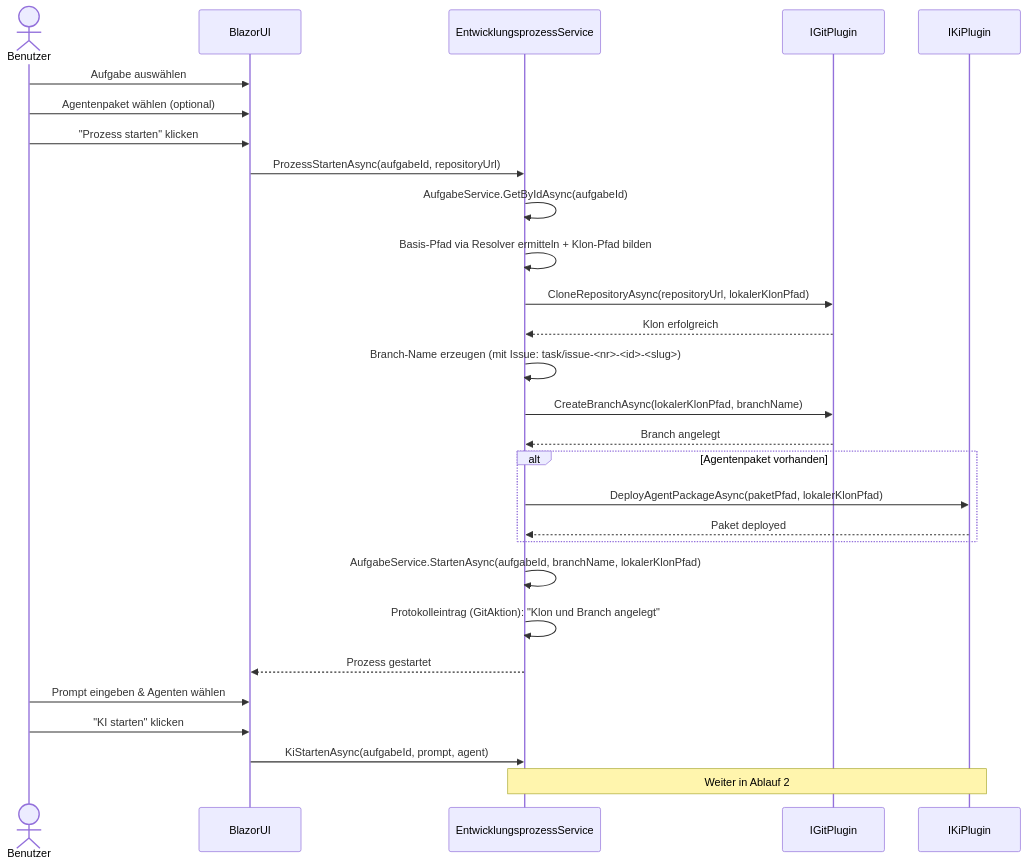
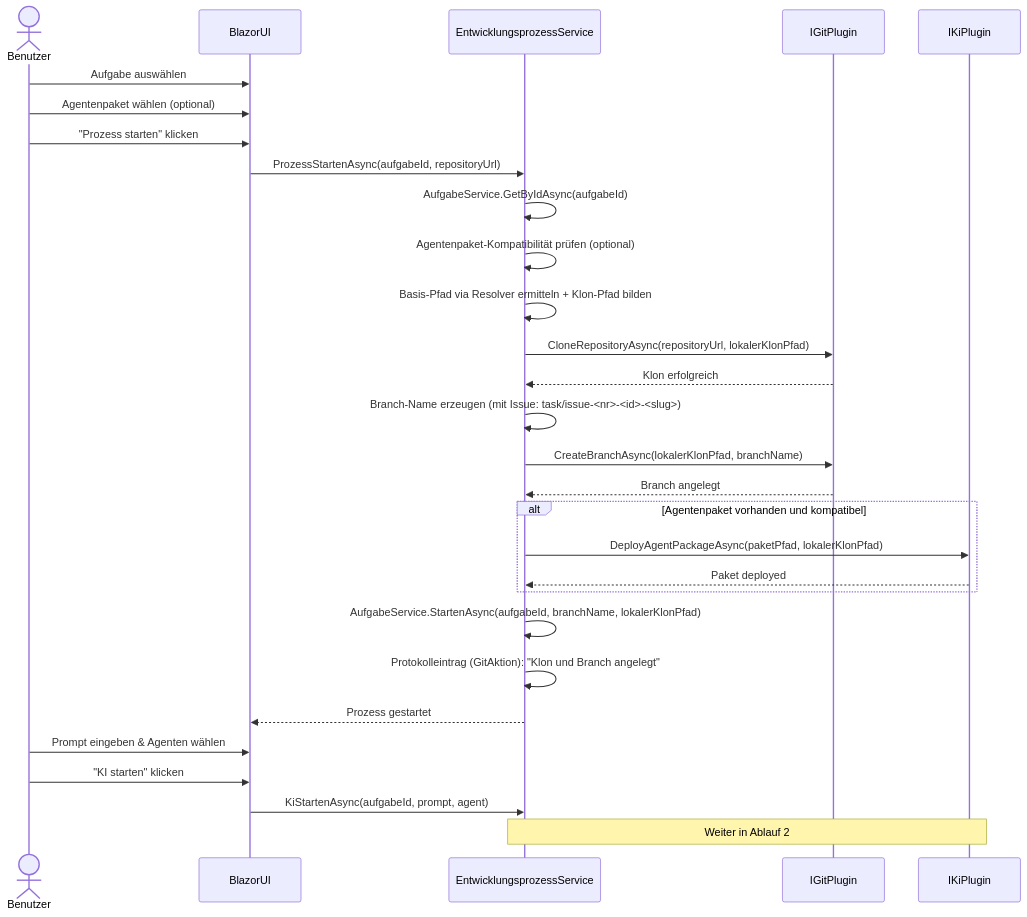
The first of 8 diagrams in docs/flows/development-process-flow.md (martin-stromberg/Softwareschmiede), drawn with Mermaid before and after one commit. The commit also changed other lines of this file and 27 other files, not shown here.

````diff
--- a/docs/flows/development-process-flow.md
+++ b/docs/flows/development-process-flow.md
@@ -30,35 +30,36 @@
 ```mermaid
 sequenceDiagram
     actor Benutzer
     participant BlazorUI
     participant EntwicklungsprozessService
     participant IGitPlugin
     participant IKiPlugin
 
     Benutzer->>BlazorUI: Aufgabe auswählen
     Benutzer->>BlazorUI: Agentenpaket wählen (optional)
     Benutzer->>BlazorUI: "Prozess starten" klicken
 
     BlazorUI->>EntwicklungsprozessService: ProzessStartenAsync(aufgabeId, repositoryUrl)
     EntwicklungsprozessService->>EntwicklungsprozessService: AufgabeService.GetByIdAsync(aufgabeId)
+    EntwicklungsprozessService->>EntwicklungsprozessService: Agentenpaket-Kompatibilität prüfen (optional)
     EntwicklungsprozessService->>EntwicklungsprozessService: Basis-Pfad via Resolver ermitteln + Klon-Pfad bilden
     EntwicklungsprozessService->>IGitPlugin: CloneRepositoryAsync(repositoryUrl, lokalerKlonPfad)
     IGitPlugin-->>EntwicklungsprozessService: Klon erfolgreich
     EntwicklungsprozessService->>EntwicklungsprozessService: Branch-Name erzeugen (mit Issue: task/issue-<nr>-<id>-<slug>)
     EntwicklungsprozessService->>IGitPlugin: CreateBranchAsync(lokalerKlonPfad, branchName)
     IGitPlugin-->>EntwicklungsprozessService: Branch angelegt
 
-    alt Agentenpaket vorhanden
+    alt Agentenpaket vorhanden und kompatibel
         EntwicklungsprozessService->>IKiPlugin: DeployAgentPackageAsync(paketPfad, lokalerKlonPfad)
         IKiPlugin-->>EntwicklungsprozessService: Paket deployed
     end
 
     EntwicklungsprozessService->>EntwicklungsprozessService: AufgabeService.StartenAsync(aufgabeId, branchName, lokalerKlonPfad)
     EntwicklungsprozessService->>EntwicklungsprozessService: Protokolleintrag (GitAktion): "Klon und Branch angelegt"
     EntwicklungsprozessService-->>BlazorUI: Prozess gestartet
 
     Benutzer->>BlazorUI: Prompt eingeben & Agenten wählen
     Benutzer->>BlazorUI: "KI starten" klicken
     BlazorUI->>EntwicklungsprozessService: KiStartenAsync(aufgabeId, prompt, agent)
     Note over EntwicklungsprozessService,IKiPlugin: Weiter in Ablauf 2
 ```
````
